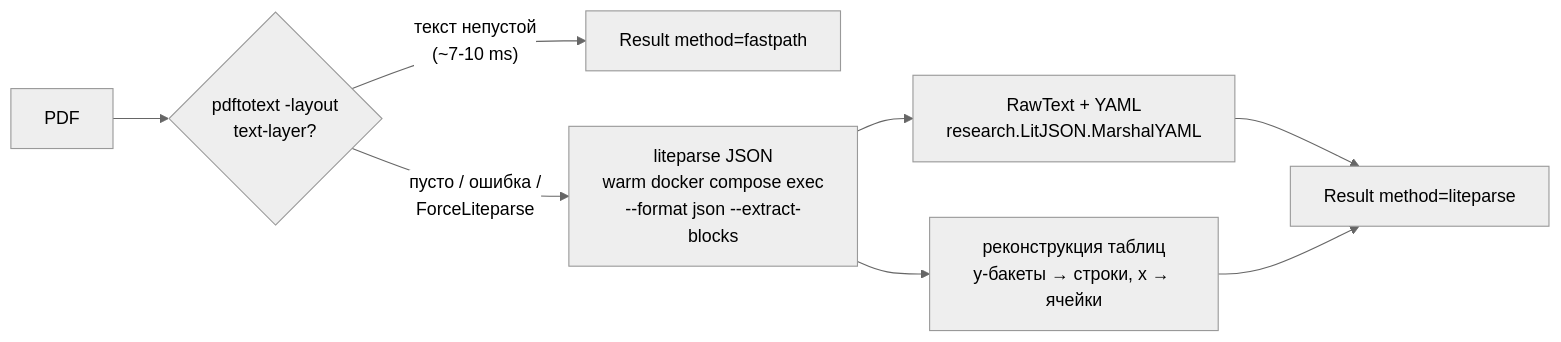
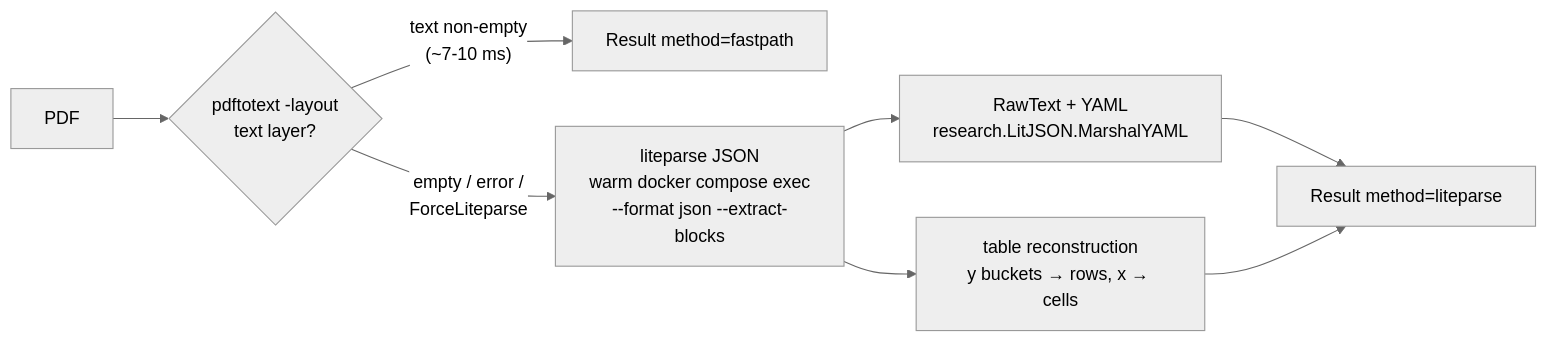
Before and after one commit to eSlider/2dph: the diagram in docs/research-docpipe.md, drawn with Mermaid (neutral theme). The commit also changed other lines of this file and 5 other files, not shown here.

````diff
--- a/docs/research-docpipe.md
+++ b/docs/research-docpipe.md
@@ -24,10 +24,10 @@
 ```mermaid
 flowchart LR
-  A[PDF] --> B{pdftotext -layout<br/>text-layer?}
-  B -- "текст непустой<br/>(~7-10 ms)" --> C[Result method=fastpath]
-  B -- "пусто / ошибка /<br/>ForceLiteparse" --> D[liteparse JSON<br/>warm docker compose exec<br/>--format json --extract-blocks]
+  A[PDF] --> B{pdftotext -layout<br/>text layer?}
+  B -- "text non-empty<br/>(~7-10 ms)" --> C[Result method=fastpath]
+  B -- "empty / error /<br/>ForceLiteparse" --> D[liteparse JSON<br/>warm docker compose exec<br/>--format json --extract-blocks]
   D --> E[RawText + YAML<br/>research.LitJSON.MarshalYAML]
-  D --> F[реконструкция таблиц<br/>y-бакеты → строки, x → ячейки]
+  D --> F[table reconstruction<br/>y buckets → rows, x → cells]
   E --> G[Result method=liteparse]
   F --> G
 ```
````
